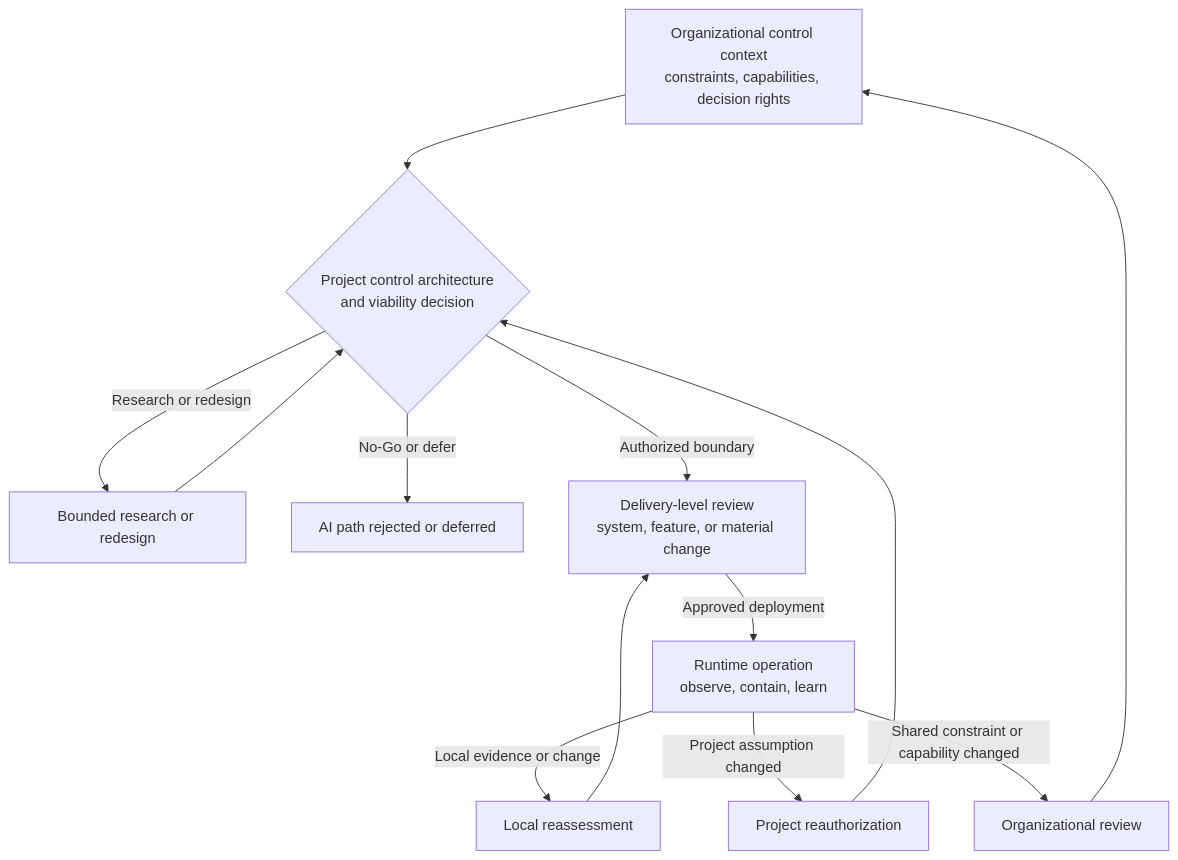
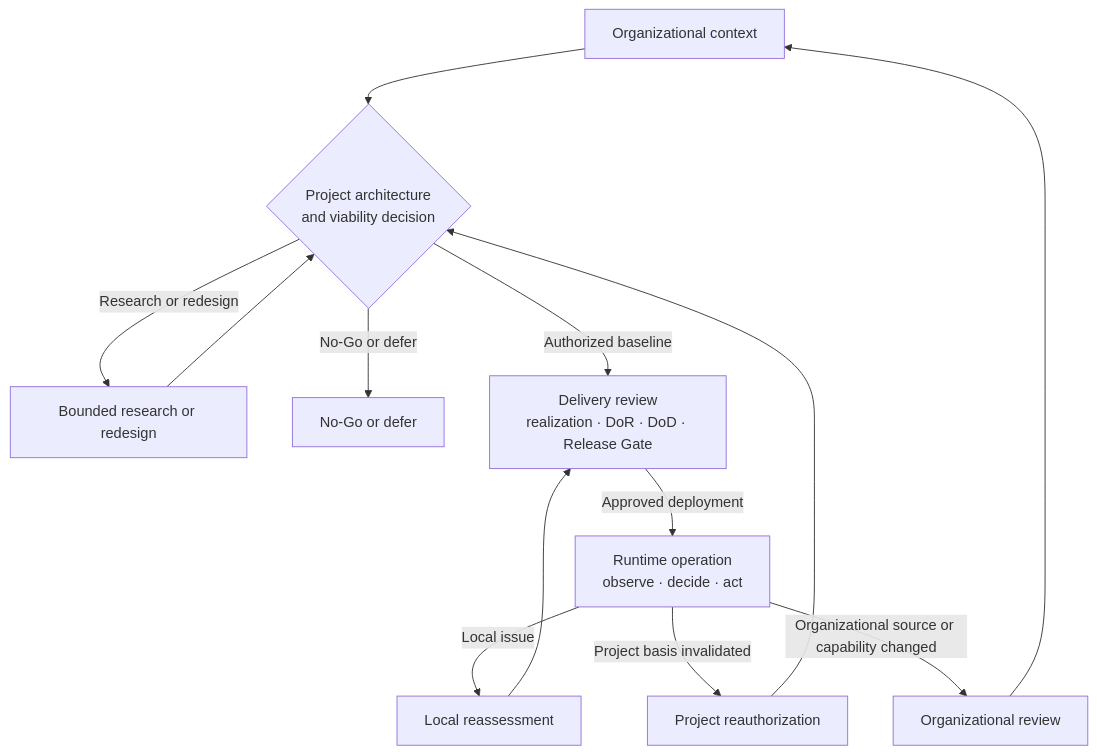
Before and after one commit to UncertaintyArchitectureGroup/uncertainty-architecture: the fourth of 4 diagrams in 00-doctrine/uncertainty-in-the-controlled-object.md, drawn with Mermaid. The commit also changed other lines of this file and 31 other files, not shown here.

First line of the commit message:
Define Constraints and Constraint Realization as first-class control concepts (#32)

````diff
--- a/00-doctrine/uncertainty-in-the-controlled-object.md
+++ b/00-doctrine/uncertainty-in-the-controlled-object.md
@@ -251,21 +221,21 @@
 ```mermaid
 flowchart TB
-    ORG[Organizational control context<br/>constraints, capabilities, decision rights]
-    PROJ{Project control architecture<br/>and viability decision}
-    RESEARCH[Bounded research or redesign]
-    STOP[AI path rejected or deferred]
-    DELIV[Delivery-level review<br/>system, feature, or material change]
-    RUN[Runtime operation<br/>observe, contain, learn]
-    LOCAL[Local reassessment]
-    REAUTH[Project reauthorization]
-    ORGREVIEW[Organizational review]
+    O[Organizational context]
+    P{Project architecture<br/>and viability decision}
+    X[Bounded research or redesign]
+    N[No-Go or defer]
+    D[Delivery review<br/>realization · DoR · DoD · Release Gate]
+    R[Runtime operation<br/>observe · decide · act]
+    L[Local reassessment]
+    PR[Project reauthorization]
+    OR[Organizational review]
 
-    ORG --> PROJ
-    PROJ -->|Authorized boundary| DELIV
-    PROJ -->|Research or redesign| RESEARCH --> PROJ
-    PROJ -->|No-Go or defer| STOP
-    DELIV -->|Approved deployment| RUN
-    RUN -->|Local evidence or change| LOCAL --> DELIV
-    RUN -->|Project assumption changed| REAUTH --> PROJ
-    RUN -->|Shared constraint or capability changed| ORGREVIEW --> ORG
+    O --> P
+    P -->|Authorized baseline| D
+    P -->|Research or redesign| X --> P
+    P -->|No-Go or defer| N
+    D -->|Approved deployment| R
+    R -->|Local issue| L --> D
+    R -->|Project basis invalidated| PR --> P
+    R -->|Organizational source or capability changed| OR --> O
 ```
````
